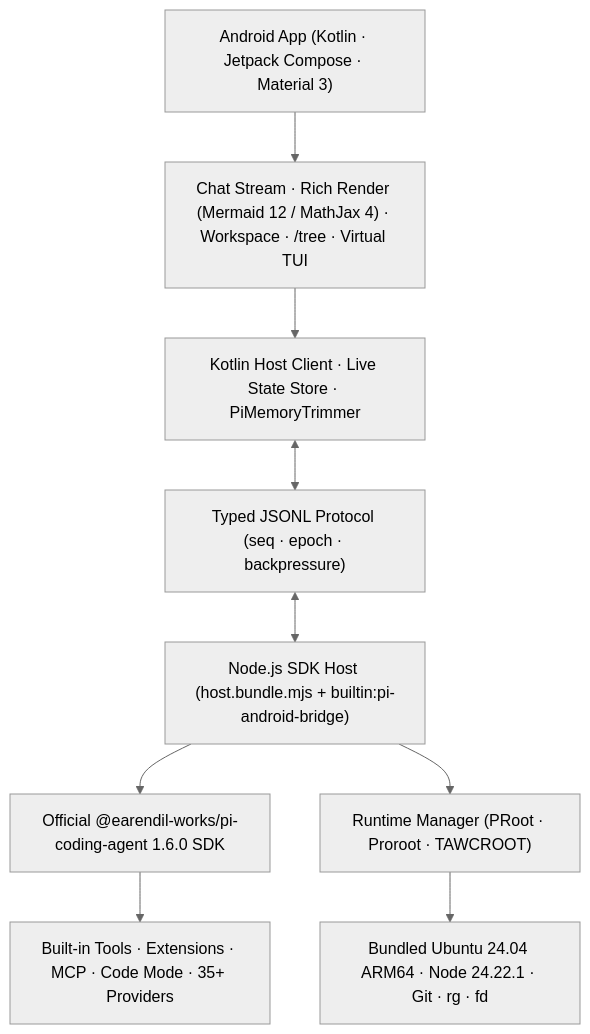
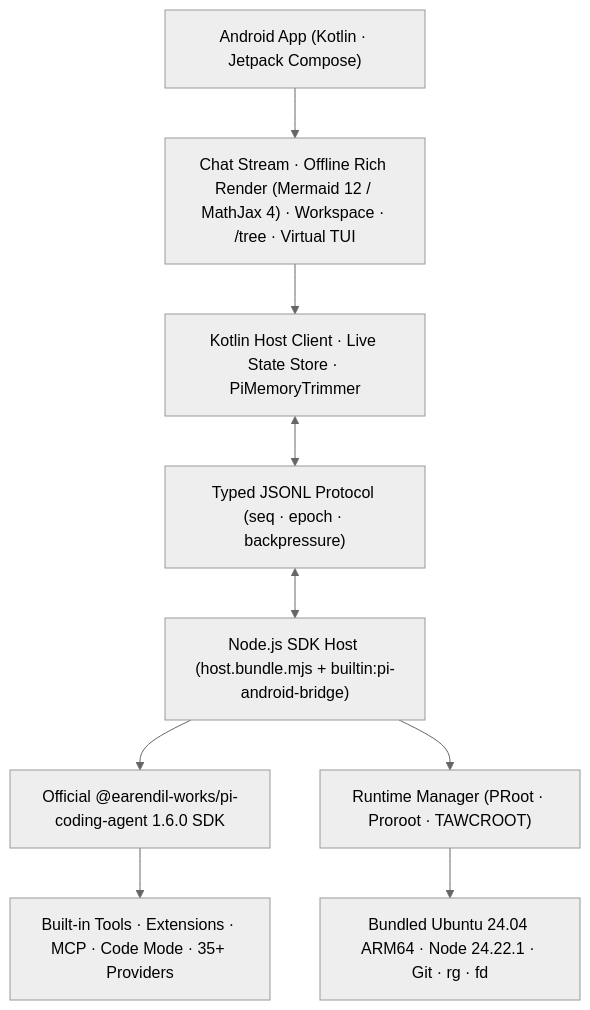
The diagram in README.md (heikeyangle-code/pi-android), drawn with Mermaid (neutral theme) before and after one commit. The commit also changed other lines of this file and 22 other files, not shown here.

````diff
--- a/README.md
+++ b/README.md
@@ -135,20 +142,21 @@
 ```mermaid
 flowchart TB
-    A["Android App (Kotlin · Jetpack Compose · Material 3)"]
-    B["Chat Stream · Rich Render (Mermaid 12 / MathJax 4) · Workspace · /tree · Virtual TUI"]
+    A["Android App (Kotlin · Jetpack Compose)"]
+    B["Chat Stream · Offline Rich Render (Mermaid 12 / MathJax 4) · Workspace · /tree · Virtual TUI"]
     C["Kotlin Host Client · Live State Store · PiMemoryTrimmer"]
     D["Typed JSONL Protocol (seq · epoch · backpressure)"]
     E["Node.js SDK Host (host.bundle.mjs + builtin:pi-android-bridge)"]
     F["Official @earendil-works/pi-coding-agent 1.6.0 SDK"]
     G["Built-in Tools · Extensions · MCP · Code Mode · 35+ Providers"]
     H["Runtime Manager (PRoot · Proroot · TAWCROOT)"]
     L["Bundled Ubuntu 24.04 ARM64 · Node 24.22.1 · Git · rg · fd"]
+
     A --> B
     B --> C
     C <--> D
     D <--> E
     E --> F
     F --> G
     E --> H
     H --> L
 ```
````
